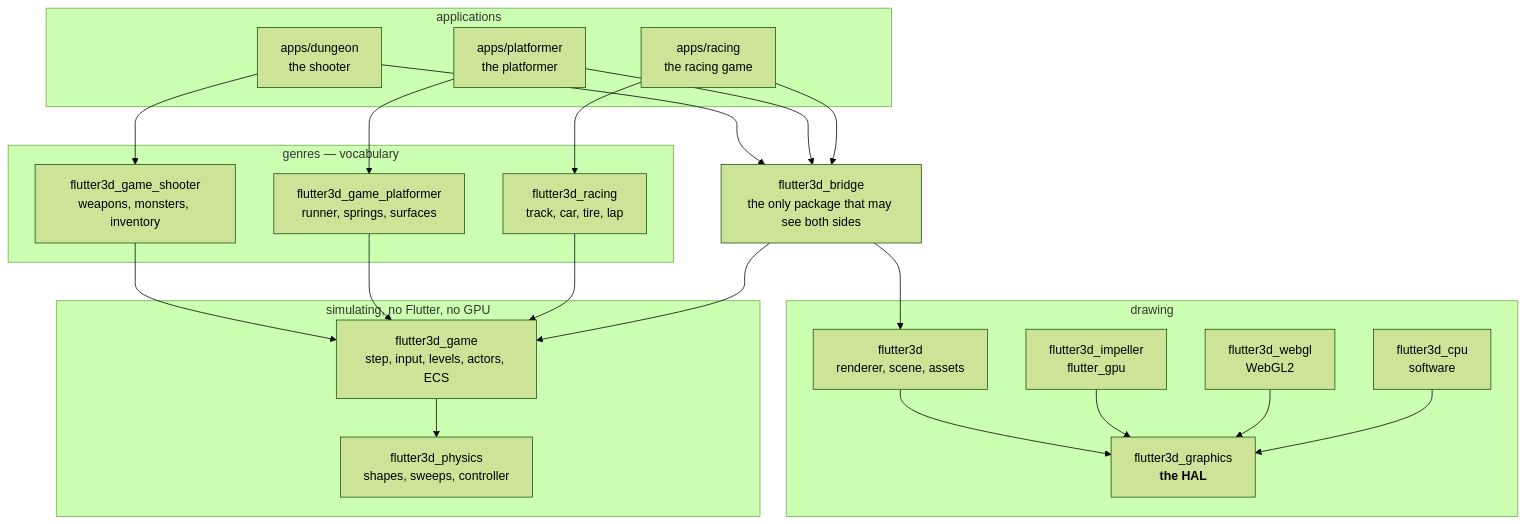
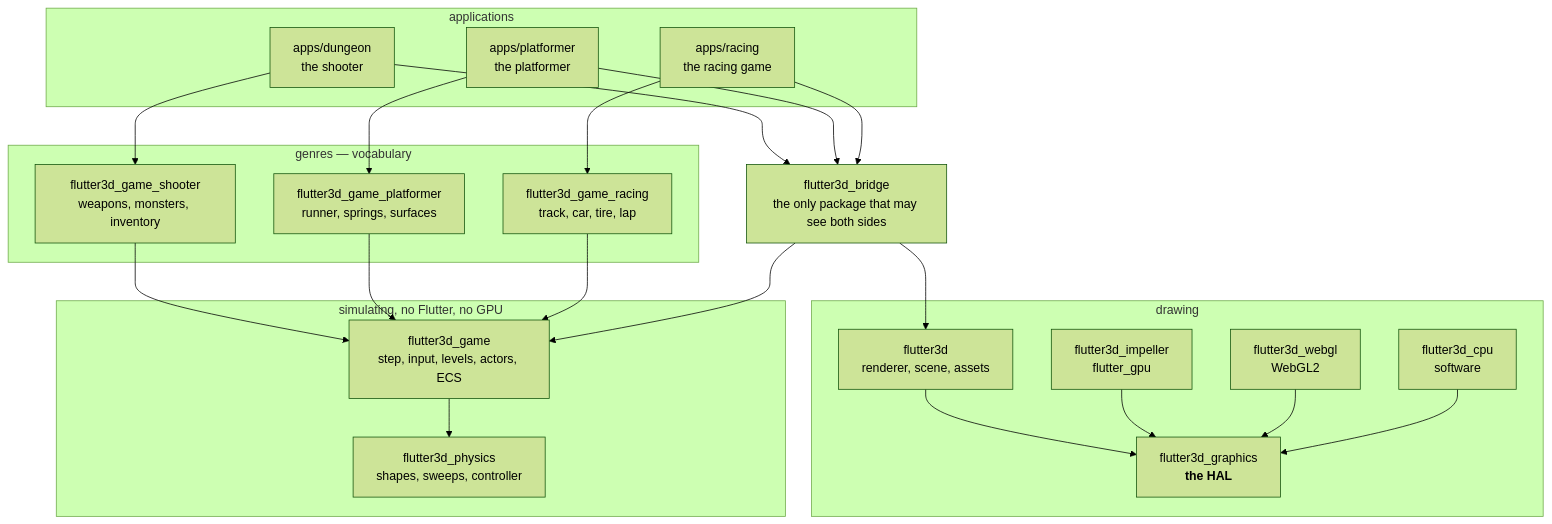
Before and after one commit to pleiondev/flutter3d: the diagram in site/content/index.md, drawn with Mermaid (forest theme). The commit also changed 55 other files, not shown here.

First line of the commit message:
flutter3d_racing is flutter3d_game_racing

````diff
--- a/site/content/index.md
+++ b/site/content/index.md
@@ -76,42 +76,42 @@
 ```mermaid
 flowchart TB
   subgraph app["applications"]
     dungeon["apps/dungeon<br>the shooter"]
     platformer["apps/platformer<br>the platformer"]
     racing["apps/racing<br>the racing game"]
   end
 
   subgraph genre["genres — vocabulary"]
     shooter["flutter3d_game_shooter<br>weapons, monsters, inventory"]
     plat["flutter3d_game_platformer<br>runner, springs, surfaces"]
-    race["flutter3d_racing<br>track, car, tire, lap"]
+    race["flutter3d_game_racing<br>track, car, tire, lap"]
   end
 
   bridge["flutter3d_bridge<br>the only package that may see both sides"]
 
   subgraph draw["drawing"]
     f3d["flutter3d<br>renderer, scene, assets"]
     gfx["flutter3d_graphics<br><b>the HAL</b>"]
     impeller["flutter3d_impeller<br>flutter_gpu"]
     webgl["flutter3d_webgl<br>WebGL2"]
     cpu["flutter3d_cpu<br>software"]
   end
 
   subgraph sim["simulating, no Flutter, no GPU"]
     game["flutter3d_game<br>step, input, levels, actors, ECS"]
     physics["flutter3d_physics<br>shapes, sweeps, controller"]
   end
 
   dungeon --> shooter & bridge
   platformer --> plat & bridge
   racing --> race & bridge
   shooter --> game
   plat --> game
   race --> game
   bridge --> f3d & game
   f3d --> gfx
   impeller --> gfx
   webgl --> gfx
   cpu --> gfx
   game --> physics
 ```
````
